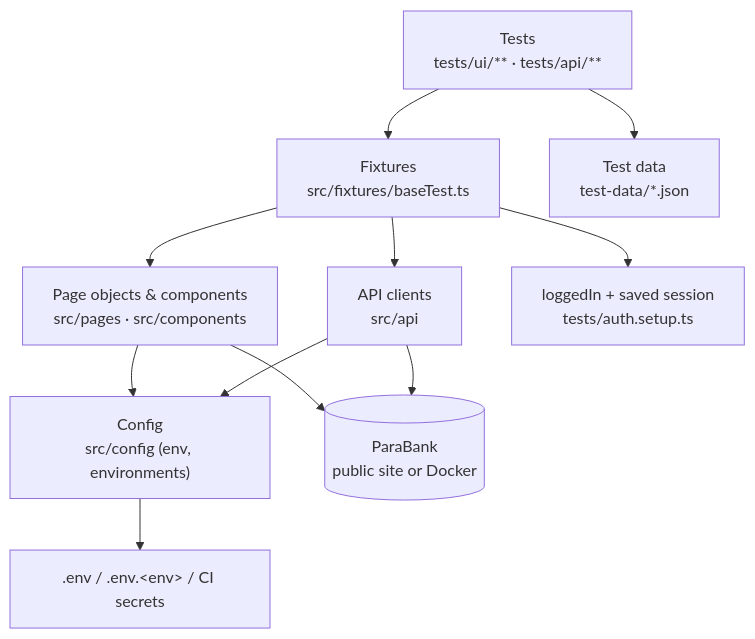
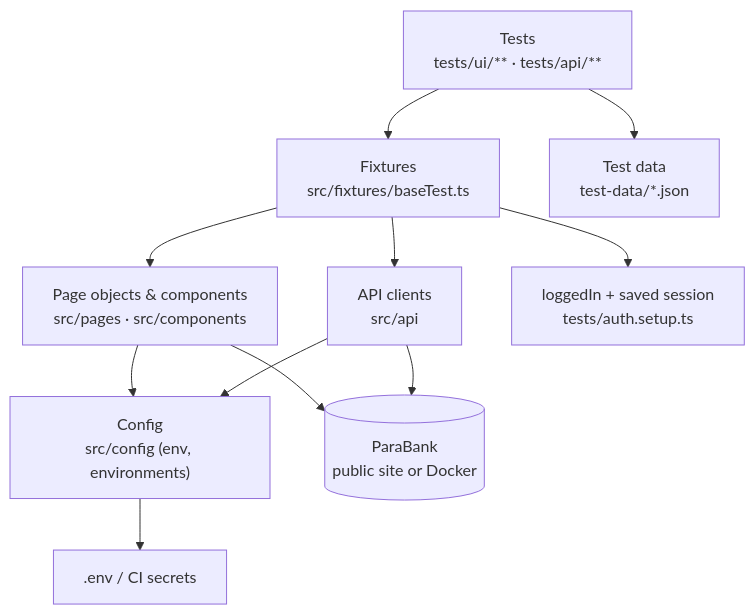
Before and after one commit to harimandadi/parabank-ui-api-automation: the diagram in README.md, drawn with Mermaid. The commit also changed other lines of this file and 6 other files, not shown here.

````diff
--- a/README.md
+++ b/README.md
@@ -65,13 +65,13 @@
 ```mermaid
 flowchart TD
     T["Tests<br/>tests/ui/** · tests/api/**"] --> F["Fixtures<br/>src/fixtures/baseTest.ts"]
     F --> P["Page objects & components<br/>src/pages · src/components"]
     F --> A["API clients<br/>src/api"]
     F --> L["loggedIn + saved session<br/>tests/auth.setup.ts"]
     P --> C["Config<br/>src/config (env, environments)"]
     A --> C
     T --> D["Test data<br/>test-data/*.json"]
-    C --> E[".env / .env.&lt;env&gt; / CI secrets"]
+    C --> E[".env / CI secrets"]
     P --> APP[("ParaBank<br/>public site or Docker")]
     A --> APP
 ```
````
